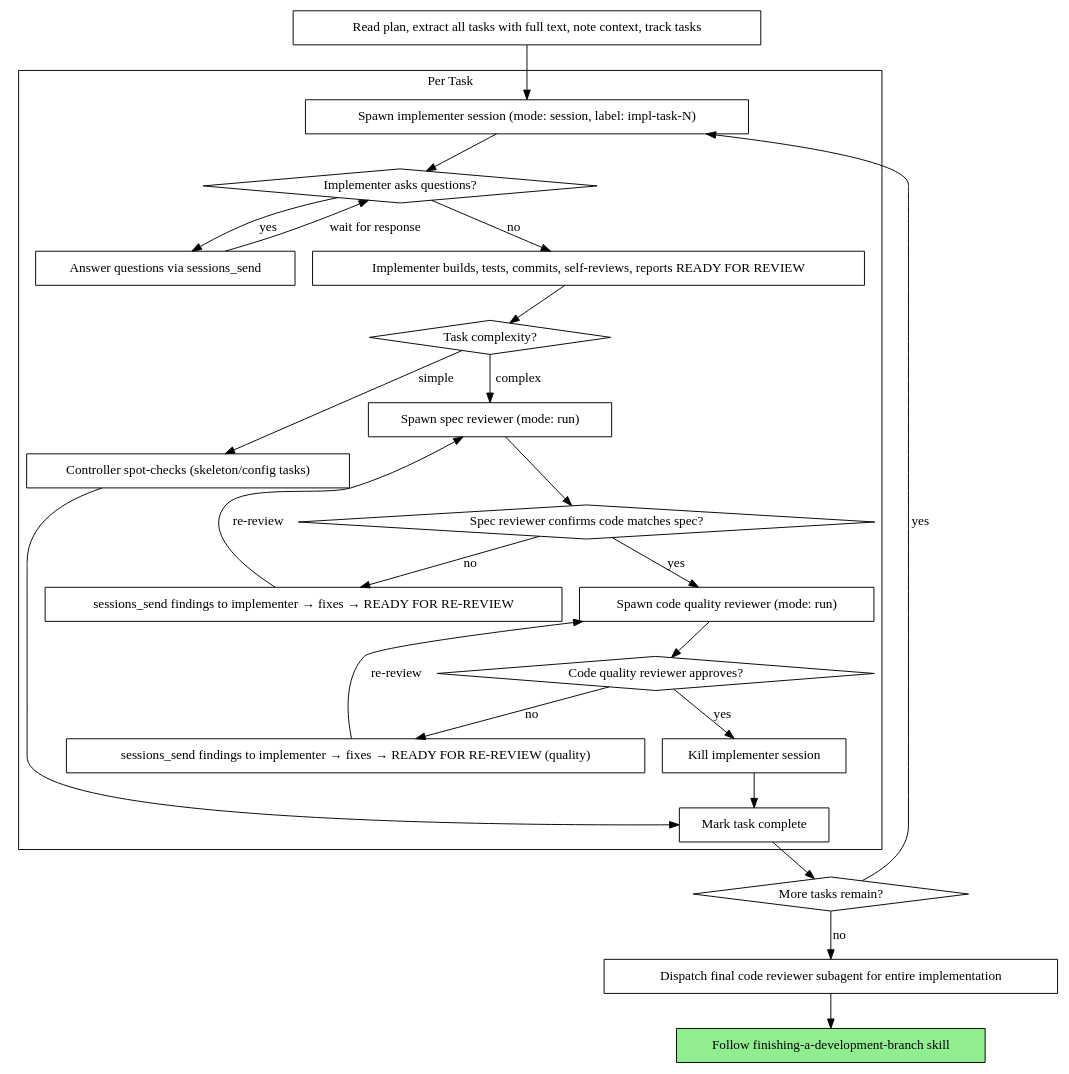
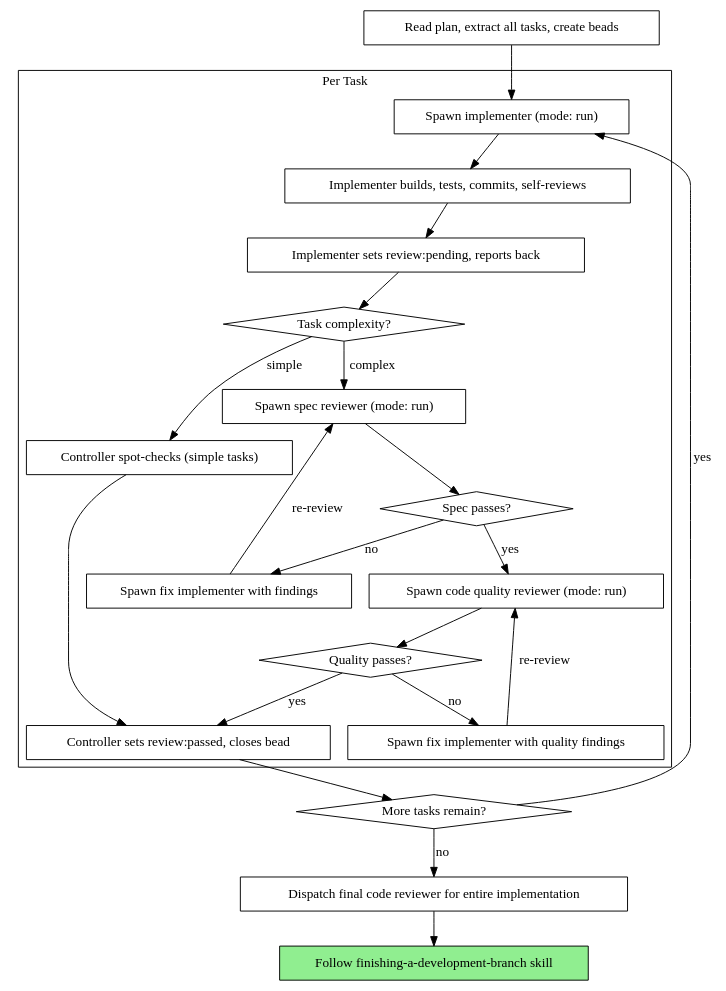
One commit to nicholasspencer/superpowers changed the second of 2 diagrams in skills/subagent-driven-development/SKILL.md. Above: the diagram before and after it, drawn with Graphviz. The commit also changed other lines of this file and 2 other files, not shown here.

First line of the commit message:
feat(subagent-dev): review gate with bead state dimensions

````diff
--- a/skills/subagent-driven-development/SKILL.md
+++ b/skills/subagent-driven-development/SKILL.md
@@ -40,51 +40,46 @@
 ```dot
 digraph process {
     rankdir=TB;
 
     subgraph cluster_per_task {
         label="Per Task";
-        "Spawn implementer session (mode: session, label: impl-task-N)" [shape=box];
-        "Implementer asks questions?" [shape=diamond];
-        "Answer questions via sessions_send" [shape=box];
-        "Implementer builds, tests, commits, self-reviews, reports READY FOR REVIEW" [shape=box];
+        "Spawn implementer (mode: run)" [shape=box];
+        "Implementer builds, tests, commits, self-reviews" [shape=box];
+        "Implementer sets review:pending, reports back" [shape=box];
         "Task complexity?" [shape=diamond];
-        "Controller spot-checks (skeleton/config tasks)" [shape=box];
+        "Controller spot-checks (simple tasks)" [shape=box];
         "Spawn spec reviewer (mode: run)" [shape=box];
-        "Spec reviewer confirms code matches spec?" [shape=diamond];
-        "sessions_send findings to implementer → fixes → READY FOR RE-REVIEW" [shape=box];
+        "Spec passes?" [shape=diamond];
+        "Spawn fix implementer with findings" [shape=box];
         "Spawn code quality reviewer (mode: run)" [shape=box];
-        "Code quality reviewer approves?" [shape=diamond];
-        "sessions_send findings to implementer → fixes → READY FOR RE-REVIEW (quality)" [shape=box];
-        "Kill implementer session" [shape=box];
-        "Mark task complete" [shape=box];
+        "Quality passes?" [shape=diamond];
+        "Spawn fix implementer with quality findings" [shape=box];
+        "Controller sets review:passed, closes bead" [shape=box];
     }
 
-    "Read plan, extract all tasks with full text, note context, track tasks" [shape=box];
+    "Read plan, extract all tasks, create beads" [shape=box];
     "More tasks remain?" [shape=diamond];
-    "Dispatch final code reviewer subagent for entire implementation" [shape=box];
+    "Dispatch final code reviewer for entire implementation" [shape=box];
     "Follow finishing-a-development-branch skill" [shape=box style=filled fillcolor=lightgreen];
 
-    "Read plan, extract all tasks with full text, note context, track tasks" -> "Spawn implementer session (mode: session, label: impl-task-N)";
-    "Spawn implementer session (mode: session, label: impl-task-N)" -> "Implementer asks questions?";
-    "Implementer asks questions?" -> "Answer questions via sessions_send" [label="yes"];
-    "Answer questions via sessions_send" -> "Implementer asks questions?" [label="wait for response"];
-    "Implementer asks questions?" -> "Implementer builds, tests, commits, self-reviews, reports READY FOR REVIEW" [label="no"];
-    "Implementer builds, tests, commits, self-reviews, reports READY FOR REVIEW" -> "Task complexity?";
-    "Task complexity?" -> "Controller spot-checks (skeleton/config tasks)" [label="simple"];
+    "Read plan, extract all tasks, create beads" -> "Spawn implementer (mode: run)";
+    "Spawn implementer (mode: run)" -> "Implementer builds, tests, commits, self-reviews";
+    "Implementer builds, tests, commits, self-reviews" -> "Implementer sets review:pending, reports back";
+    "Implementer sets review:pending, reports back" -> "Task complexity?";
+    "Task complexity?" -> "Controller spot-checks (simple tasks)" [label="simple"];
     "Task complexity?" -> "Spawn spec reviewer (mode: run)" [label="complex"];
-    "Controller spot-checks (skeleton/config tasks)" -> "Mark task complete";
-    "Spawn spec reviewer (mode: run)" -> "Spec reviewer confirms code matches spec?";
-    "Spec reviewer confirms code matches spec?" -> "sessions_send findings to implementer → fixes → READY FOR RE-REVIEW" [label="no"];
-    "sessions_send findings to implementer → fixes → READY FOR RE-REVIEW" -> "Spawn spec reviewer (mode: run)" [label="re-review"];
-    "Spec reviewer confirms code matches spec?" -> "Spawn code quality reviewer (mode: run)" [label="yes"];
-    "Spawn code quality reviewer (mode: run)" -> "Code quality reviewer approves?";
-    "Code quality reviewer approves?" -> "sessions_send findings to implementer → fixes → READY FOR RE-REVIEW (quality)" [label="no"];
-    "sessions_send findings to implementer → fixes → READY FOR RE-REVIEW (quality)" -> "Spawn code quality reviewer (mode: run)" [label="re-review"];
-    "Code quality reviewer approves?" -> "Kill implementer session" [label="yes"];
-    "Kill implementer session" -> "Mark task complete";
-    "Mark task complete" -> "More tasks remain?";
-    "More tasks remain?" -> "Spawn implementer session (mode: session, label: impl-task-N)" [label="yes"];
-    "More tasks remain?" -> "Dispatch final code reviewer subagent for entire implementation" [label="no"];
-    "Dispatch final code reviewer subagent for entire implementation" -> "Follow finishing-a-development-branch skill";
+    "Controller spot-checks (simple tasks)" -> "Controller sets review:passed, closes bead";
+    "Spawn spec reviewer (mode: run)" -> "Spec passes?";
+    "Spec passes?" -> "Spawn fix implementer with findings" [label="no"];
+    "Spawn fix implementer with findings" -> "Spawn spec reviewer (mode: run)" [label="re-review"];
+    "Spec passes?" -> "Spawn code quality reviewer (mode: run)" [label="yes"];
+    "Spawn code quality reviewer (mode: run)" -> "Quality passes?";
+    "Quality passes?" -> "Spawn fix implementer with quality findings" [label="no"];
+    "Spawn fix implementer with quality findings" -> "Spawn code quality reviewer (mode: run)" [label="re-review"];
+    "Quality passes?" -> "Controller sets review:passed, closes bead" [label="yes"];
+    "Controller sets review:passed, closes bead" -> "More tasks remain?";
+    "More tasks remain?" -> "Spawn implementer (mode: run)" [label="yes"];
+    "More tasks remain?" -> "Dispatch final code reviewer for entire implementation" [label="no"];
+    "Dispatch final code reviewer for entire implementation" -> "Follow finishing-a-development-branch skill";
 }
 ```
````
